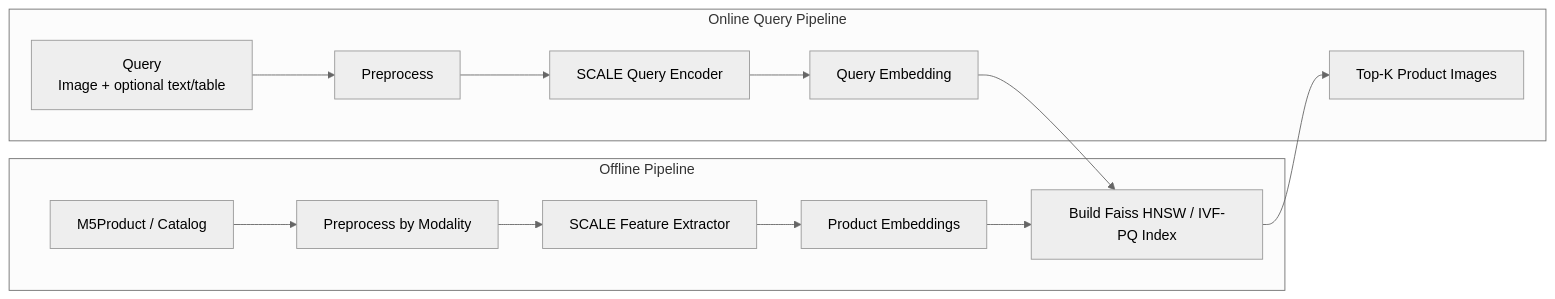
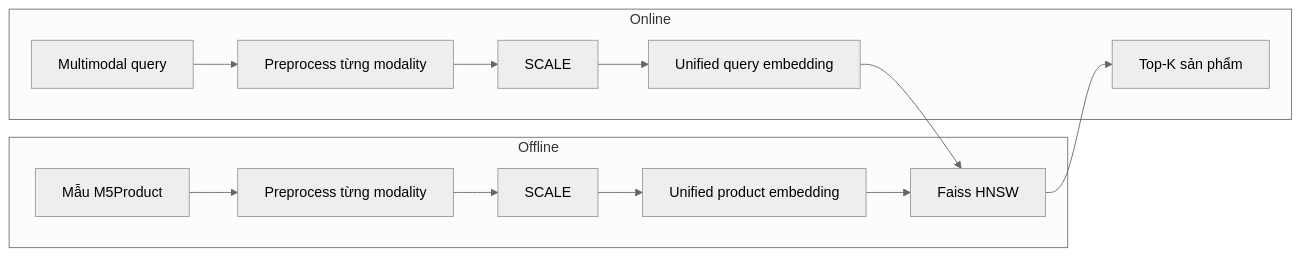
The first of 3 diagrams in docs/proposal/proposal.md (Computer-Vision-HCMUS/Product-Ecommerce-Image-Retrieval), drawn with Mermaid (neutral theme) before and after one commit. The commit also changed other lines of this file and 88 other files, not shown here.

````diff
--- a/docs/proposal/proposal.md
+++ b/docs/proposal/proposal.md
@@ -413,16 +69,16 @@
 ```mermaid
 flowchart LR
-    subgraph Offline["Offline Pipeline"]
-        D["M5Product / Catalog"] --> PP["Preprocess by Modality"]
-        PP --> FE["SCALE Feature Extractor"]
-        FE --> PE["Product Embeddings"]
-        PE --> IDX["Build Faiss HNSW / IVF-PQ Index"]
+    subgraph Offline["Offline"]
+        D["Mẫu M5Product"] --> PP["Preprocess từng modality"]
+        PP --> S1["SCALE"]
+        S1 --> PE["Unified product embedding"]
+        PE --> F["Faiss HNSW"]
     end
-    subgraph Online["Online Query Pipeline"]
-        Q["Query<br/>Image + optional text/table"] --> QP["Preprocess"]
-        QP --> QF["SCALE Query Encoder"]
-        QF --> QE["Query Embedding"]
-        QE --> IDX
-        IDX --> TOP["Top-K Product Images"]
+    subgraph Online["Online"]
+        Q["Multimodal query"] --> QP["Preprocess từng modality"]
+        QP --> S2["SCALE"]
+        S2 --> QE["Unified query embedding"]
+        QE --> F
+        F --> R["Top-K sản phẩm"]
     end
 ```
````
